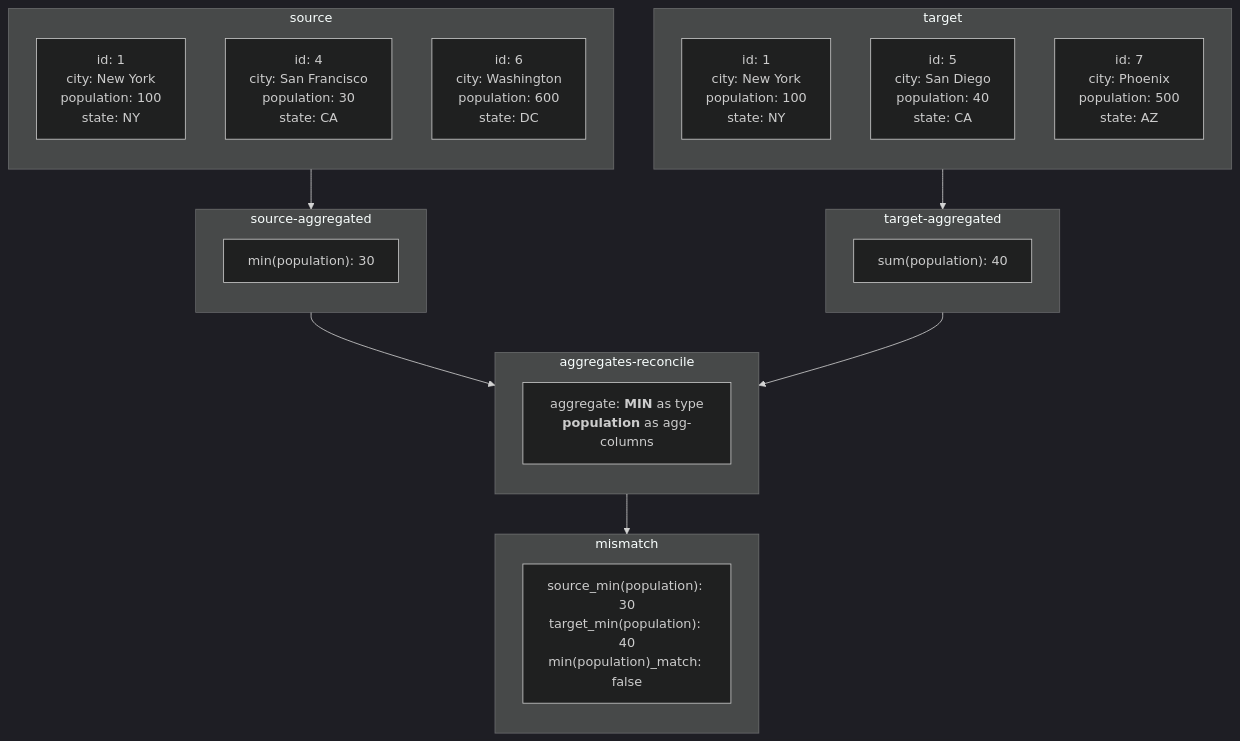
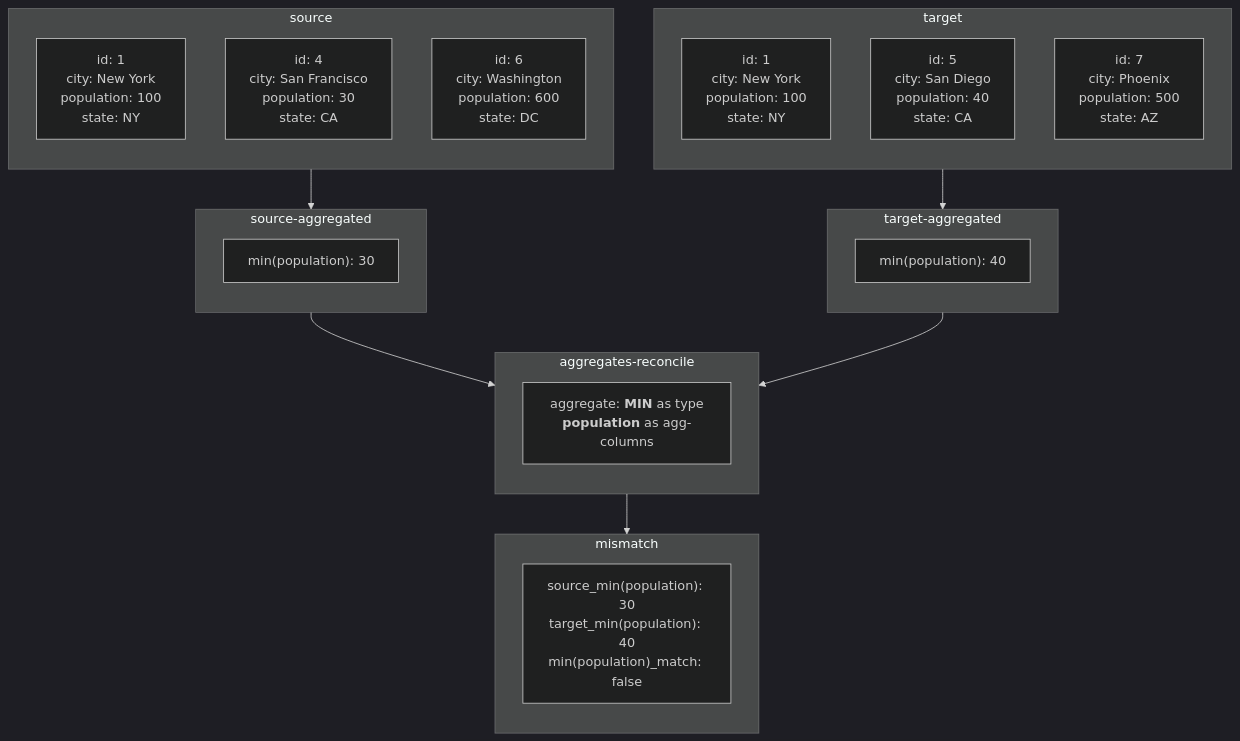
Before and after one commit to databrickslabs/remorph: the second of 2 diagrams in docs/aggregates_reconcile_configurations/visualisation.md, drawn with Mermaid (dark theme). The commit also changed 1 other file, not shown here.

Commit message:
Updated incorrect text

````diff
--- a/docs/aggregates_reconcile_configurations/visualisation.md
+++ b/docs/aggregates_reconcile_configurations/visualisation.md
@@ -68,43 +68,43 @@
 ```mermaid
 flowchart TB
     subgraph source
         direction TB
         A["id: 1<br>city: New York<br>population: 100<br>state: NY"]
         D["id: 4<br>city: San Francisco<br>population: 30<br>state: CA"]
         E["id: 6<br>city: Washington<br>population: 600<br>state: DC"]
     end
 
     subgraph target
         direction TB
         F["id: 1<br>city: New York<br>population: 100<br>state: NY"]
         I["id: 5<br>city: San Diego<br>population: 40<br>state: CA"]
         J["id: 7<br>city: Phoenix<br>population: 500<br>state: AZ"]
     end
 
     subgraph source-aggregated
         direction TB
         K["min(population): 30"]
     end
     
     subgraph target-aggregated
         direction TB
-        O["sum(population): 40"]
+        O["min(population): 40"]
     end
     
     
     subgraph mismatch
         direction TB
         S["source_min(population): 30<br>target_min(population): 40<br>min(population)_match: false"]
     end
     
     subgraph aggregates-reconcile
         direction TB
         T["aggregate: <b>MIN</b> as type<br><b>population</b> as agg-columns"]
     end
     
     source --> source-aggregated
     target --> target-aggregated
     source-aggregated --> aggregates-reconcile
     target-aggregated --> aggregates-reconcile
     aggregates-reconcile --> mismatch
 ```
````
